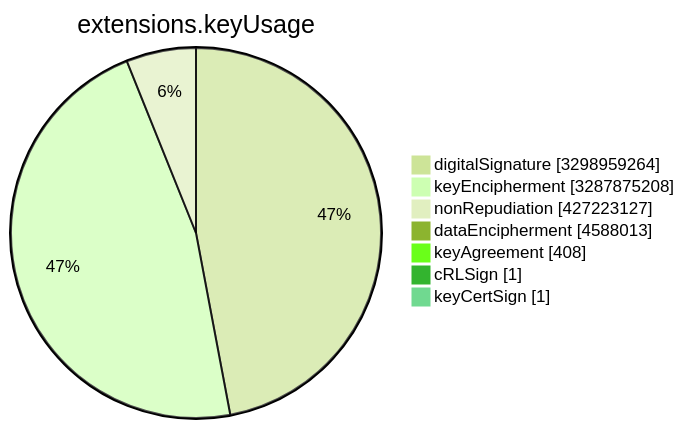
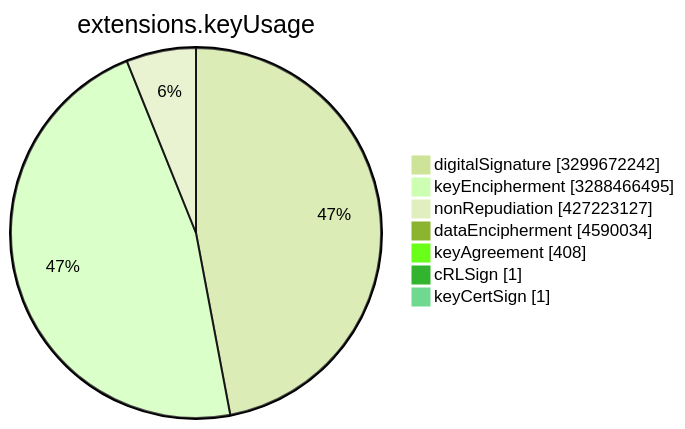
Before and after one commit to christiankrug/ctmonitor_visualization: the sixth of 15 diagrams in TOTAL/README.md, drawn with Mermaid (forest theme). The commit also changed other lines of this file, not shown here.

````diff
--- a/TOTAL/README.md
+++ b/TOTAL/README.md
@@ -3078,11 +3078,11 @@
 ```mermaid
 pie showData
 title extensions.keyUsage
-"digitalSignature" :3298959264
-"keyEncipherment" :3287875208
+"digitalSignature" :3299672242
+"keyEncipherment" :3288466495
 "nonRepudiation" :427223127
-"dataEncipherment" :4588013
+"dataEncipherment" :4590034
 "keyAgreement" :408
 "cRLSign" :1
 "keyCertSign" :1
 ```
````
